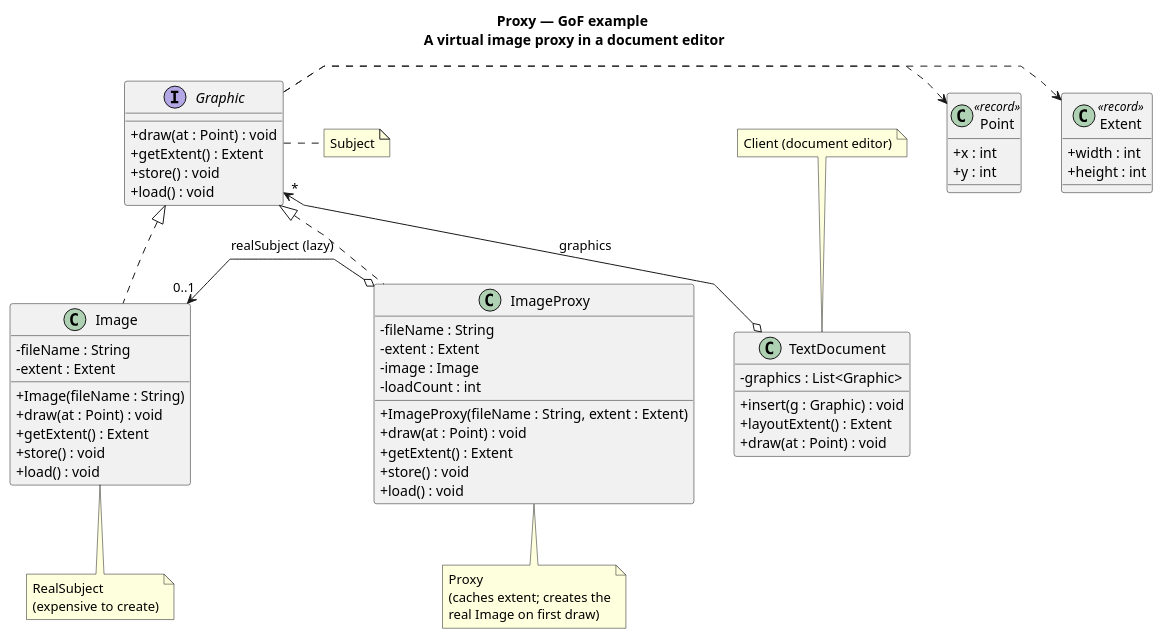
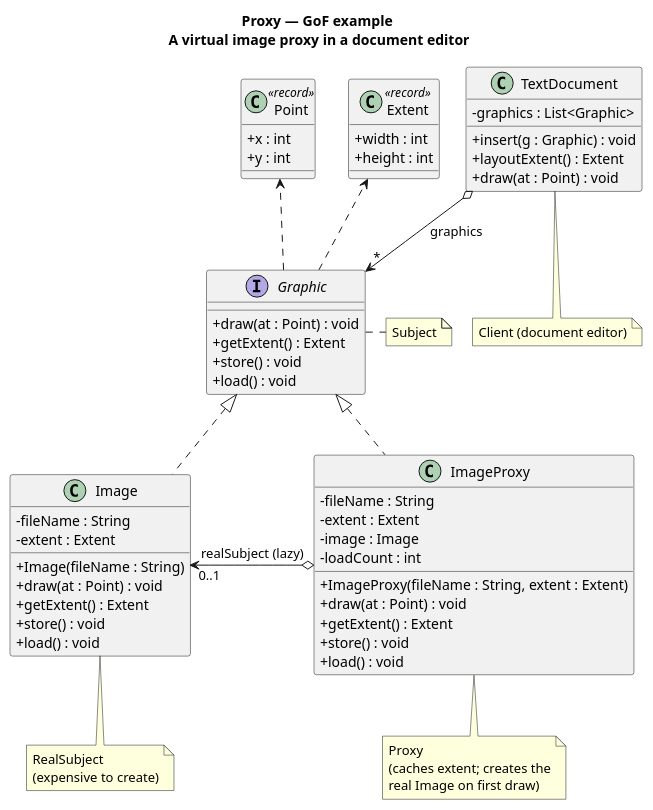
The diagram in src/main/java/dev/kaldiroglu/dp/structural/proxy/gof/uml/proxy-gof.puml (kaldiroglu/DesignPatternsWithJava), drawn with PlantUML before and after one commit. The commit also changed 54 other files, not shown here.

Commit message:
Diagrams: the last is-a families follow the layout rule; redrawn PNGs have a white background

```diff
--- a/src/main/java/dev/kaldiroglu/dp/structural/proxy/gof/uml/proxy-gof.puml
+++ b/src/main/java/dev/kaldiroglu/dp/structural/proxy/gof/uml/proxy-gof.puml
@@ -1,77 +1,72 @@
 @startuml Proxy-GoF
-skinparam nodesep 40
+skinparam nodesep 20
 skinparam class {
   BackgroundColor<<spacer>> transparent
   BorderColor<<spacer>> transparent
   FontColor<<spacer>> transparent
 }
 hide <<spacer>> stereotype
 hide <<spacer>> circle
 skinparam linetype polyline
 skinparam classAttributeIconSize 0
 title Proxy — GoF example \nA virtual image proxy in a document editor
 
 interface Graphic {
   + draw(at : Point) : void
   + getExtent() : Extent
   + store() : void
   + load() : void
 }
 note right of Graphic : Subject
 
 class Image {
   - fileName : String
   - extent : Extent
   + Image(fileName : String)
   + draw(at : Point) : void
   + getExtent() : Extent
   + store() : void
   + load() : void
 }
 note bottom of Image : RealSubject\n(expensive to create)
 
 class ImageProxy {
   - fileName : String
   - extent : Extent
   - image : Image
   - loadCount : int
   + ImageProxy(fileName : String, extent : Extent)
   + draw(at : Point) : void
   + getExtent() : Extent
   + store() : void
   + load() : void
 }
 note bottom of ImageProxy : Proxy\n(caches extent; creates the\nreal Image on first draw)
 
 class TextDocument {
   - graphics : List<Graphic>
   + insert(g : Graphic) : void
   + layoutExtent() : Extent
   + draw(at : Point) : void
 }
-note top of TextDocument : Client (document editor)
+note bottom of TextDocument : Client (document editor)
 
 class Point <<record>> {
   + x : int
   + y : int
 }
 
 class Extent <<record>> {
   + width : int
   + height : int
 }
 
 Graphic <|.. Image
 Graphic <|.. ImageProxy
 
 ImageProxy o-[norank]-> "0..1" Image : realSubject (lazy)
-TextDocument o-[norank]-> "*" Graphic : graphics
+TextDocument o--> "*" Graphic : graphics
 Graphic .[norank].> Point
 Graphic .[norank].> Extent
-Graphic -[hidden]- Image
-Graphic -[hidden]- ImageProxy
-class " " as Spacer51 <<spacer>>
-Graphic -[hidden]- Spacer51
-Image -[hidden]right- Spacer51
-Spacer51 -[hidden]right- ImageProxy
+
 @enduml
```
